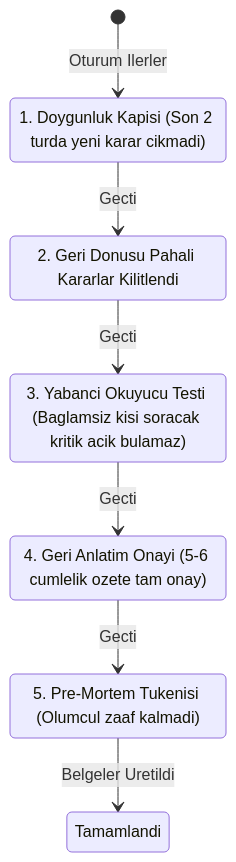
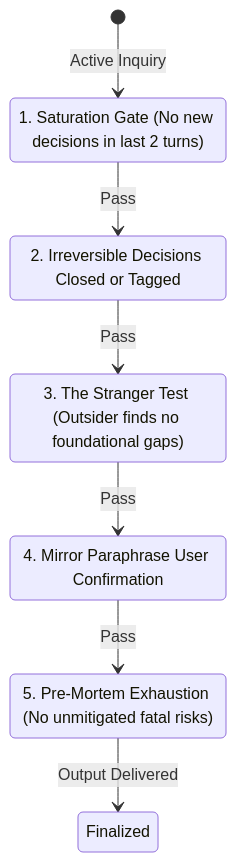
Before and after one commit to Eyokurt/project-from-scratch: the fifth of 5 diagrams in README.md, drawn with Mermaid. The commit also changed other lines of this file and 12 other files, not shown here.

````diff
--- a/README.md
+++ b/README.md
@@ -146,15 +146,15 @@
 ```mermaid
 stateDiagram-v2
-    [*] --> Kapi1: Oturum Ilerler
-    Kapi1: 1. Doygunluk Kapisi (Son 2 turda yeni karar cikmadi)
-    Kapi2: 2. Geri Donusu Pahali Kararlar Kilitlendi
-    Kapi3: 3. Yabanci Okuyucu Testi (Baglamsiz kisi soracak kritik acik bulamaz)
-    Kapi4: 4. Geri Anlatim Onayi (5-6 cumlelik ozete tam onay)
-    Kapi5: 5. Pre-Mortem Tukenisi (Olumcul zaaf kalmadi)
+    [*] --> Gate1: Active Inquiry
+    Gate1: 1. Saturation Gate (No new decisions in last 2 turns)
+    Gate2: 2. Irreversible Decisions Closed or Tagged
+    Gate3: 3. The Stranger Test (Outsider finds no foundational gaps)
+    Gate4: 4. Mirror Paraphrase User Confirmation
+    Gate5: 5. Pre-Mortem Exhaustion (No unmitigated fatal risks)
 
-    Kapi1 --> Kapi2: Gecti
-    Kapi2 --> Kapi3: Gecti
-    Kapi3 --> Kapi4: Gecti
-    Kapi4 --> Kapi5: Gecti
-    Kapi5 --> Tamamlandi: Belgeler Uretildi
+    Gate1 --> Gate2: Pass
+    Gate2 --> Gate3: Pass
+    Gate3 --> Gate4: Pass
+    Gate4 --> Gate5: Pass
+    Gate5 --> Finalized: Output Delivered
 ```
````
